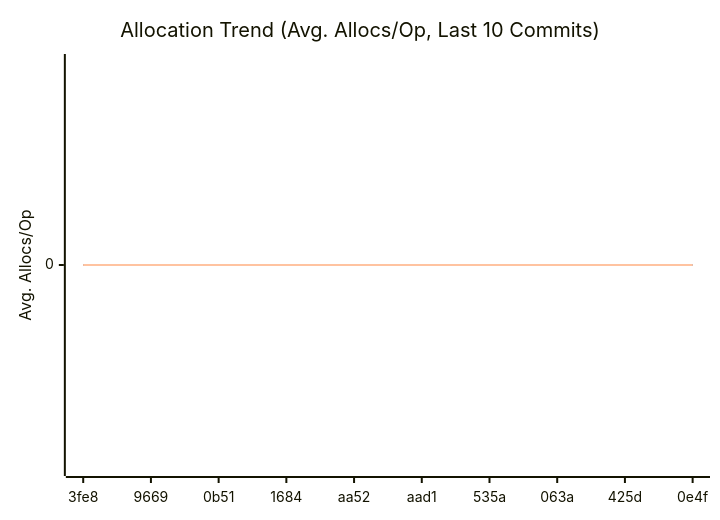
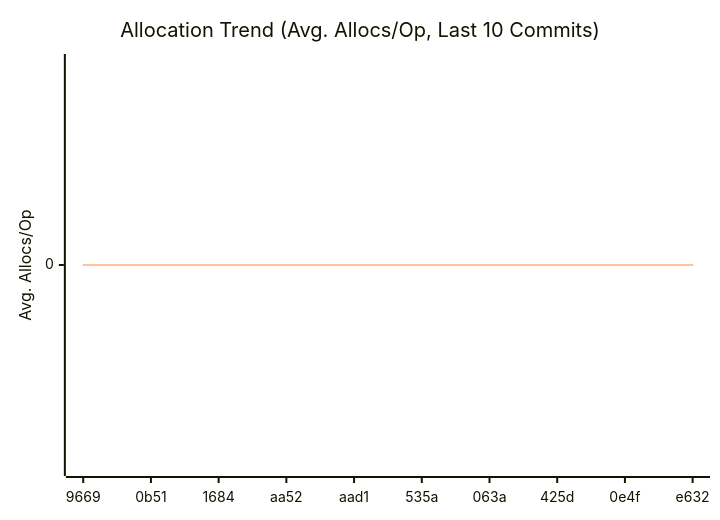
Before and after one commit to alsotoes/momo: the third of 3 diagrams in doc/README.md, drawn with Mermaid. The commit also changed other lines of this file and 1 other file, not shown here.

````diff
--- a/doc/README.md
+++ b/doc/README.md
@@ -312,10 +312,10 @@
 ```mermaid
 xychart-beta
     title "Allocation Trend (Avg. Allocs/Op, Last 10 Commits)"
     x-axis "Commit"
     y-axis "Avg. Allocs/Op"
-    x-axis [3fe8,9669,0b51,1684,aa52,aad1,535a,063a,425d,0e4f]
+    x-axis [9669,0b51,1684,aa52,aad1,535a,063a,425d,0e4f,e632]
     line "CheckMetricsAndSwap" [0,0,0,0,0,0,0,0,0,0]
     line "IndexDirectTracking" [0,0,0,0,0,0,0,0,0,0]
     line "IndexSearch" [0,0,0,0,0,0,0,0,0,0]
 ```
````
